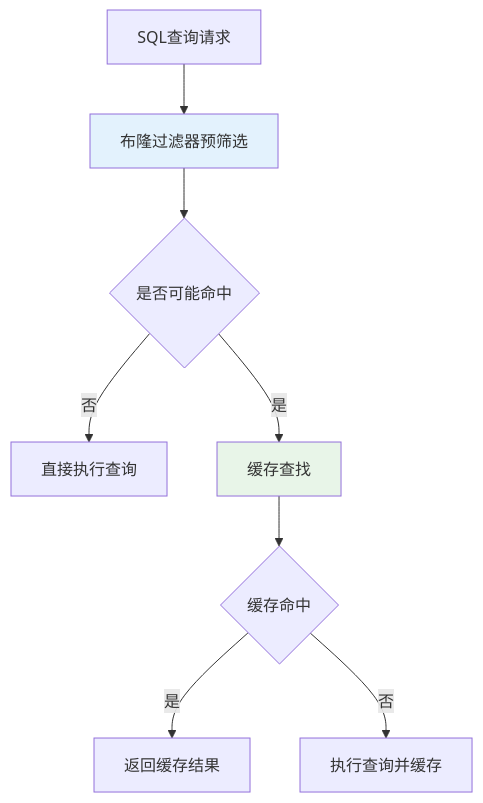
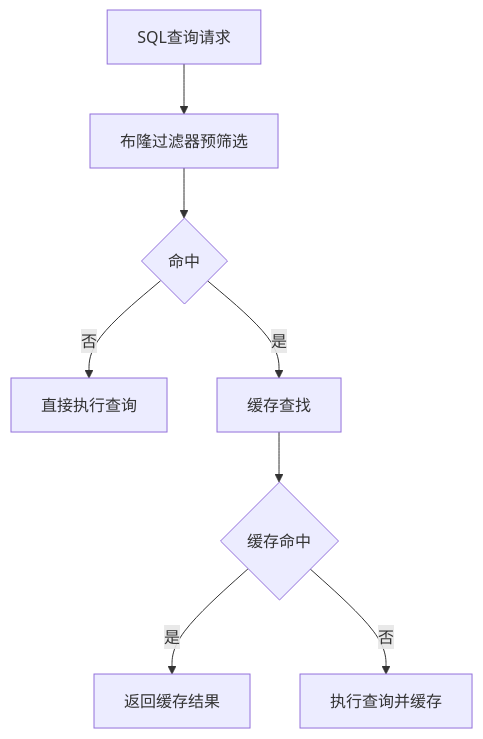
The second of 7 diagrams in md/第三章-动态缓存管理.md (crazypenguincode/duckdb), drawn with Mermaid before and after one commit. The commit also changed other lines of this file and 1 other file, not shown here.

````diff
--- a/md/第三章-动态缓存管理.md
+++ b/md/第三章-动态缓存管理.md
@@ -15,13 +63,11 @@
 ```mermaid
 graph TB
     A[SQL查询请求] --> B[布隆过滤器预筛选]
-    B --> C{是否可能命中}
+    B --> C{命中}
     C -->|否| D[直接执行查询]
     C -->|是| E[缓存查找]
     E --> F{缓存命中}
     F -->|是| G[返回缓存结果]
     F -->|否| H[执行查询并缓存]
-    
-    style B fill:#e3f2fd
-    style E fill:#e8f5e8
+
 ```
````
